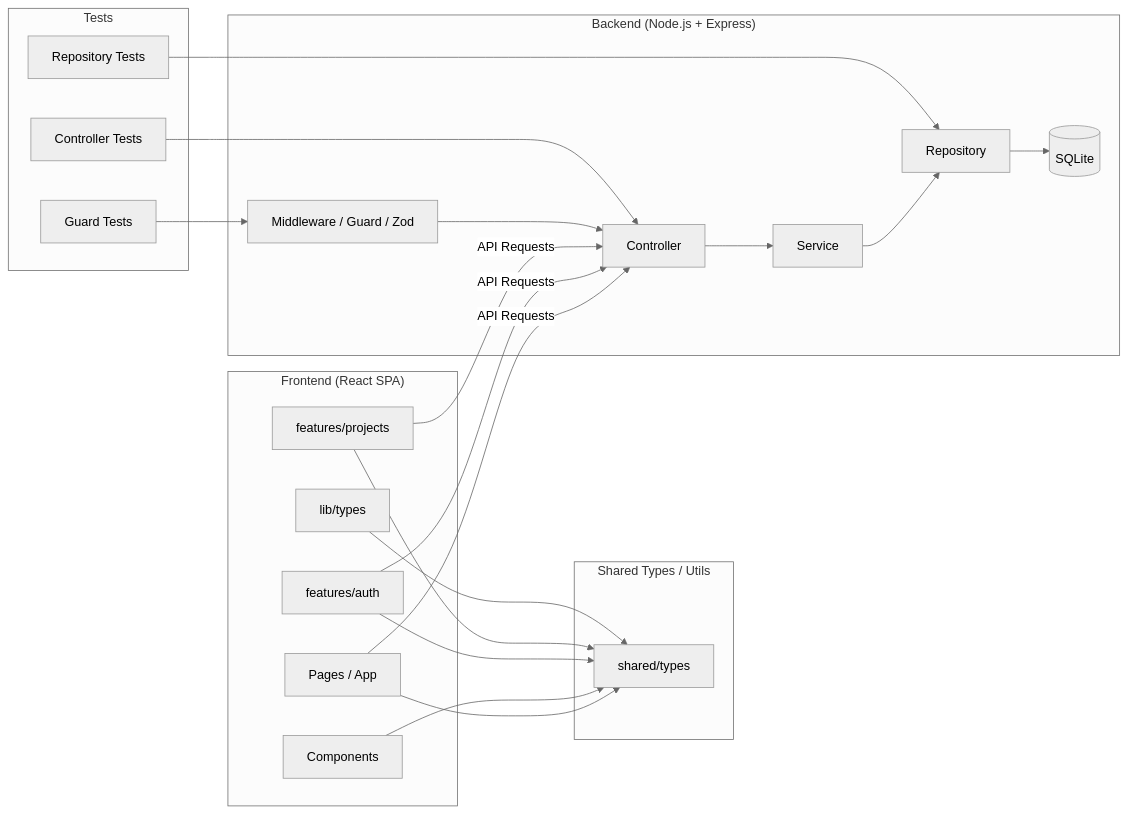
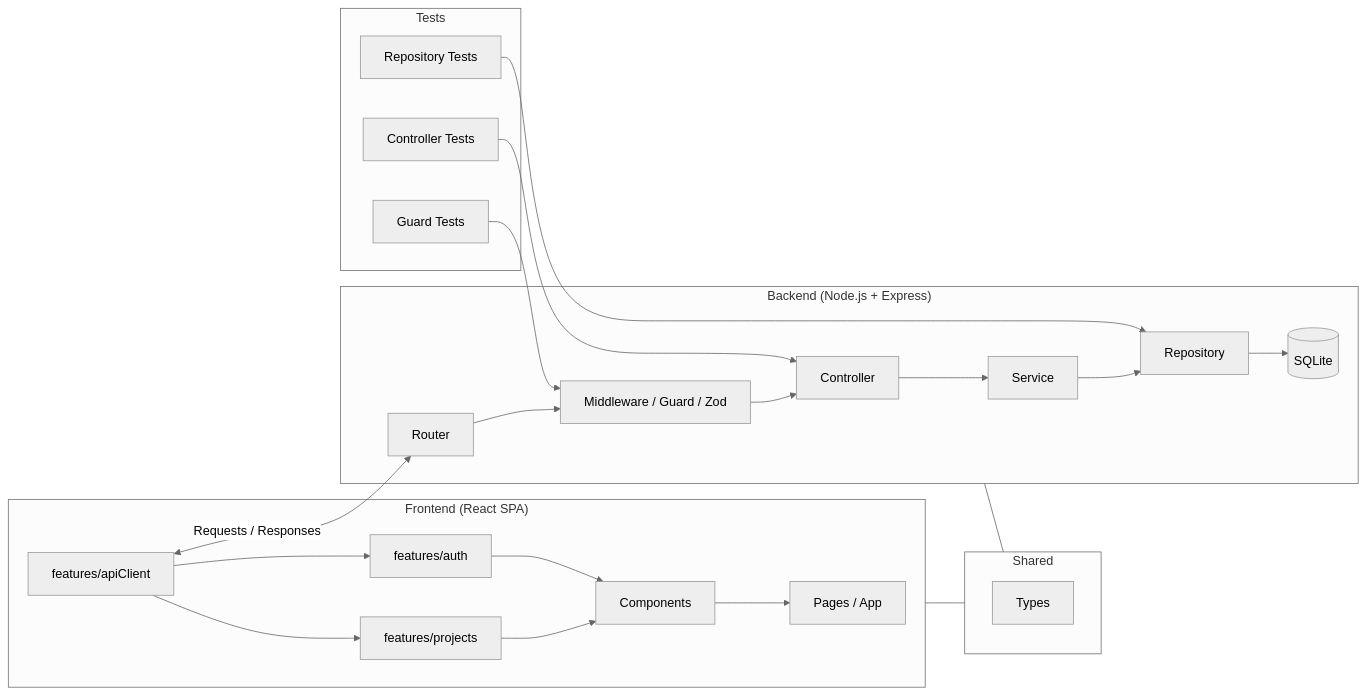
The diagram in docs/PortforioFlow.mermaid (fujitashuichi/shared-driven-layered-ddd), drawn with Mermaid (neutral theme) before and after one commit.

Commit message:
Edit: 全体図を調整

```diff
--- a/docs/PortforioFlow.mermaid
+++ b/docs/PortforioFlow.mermaid
@@ -1,49 +1,53 @@
 flowchart LR
   subgraph FE["Frontend (React SPA)"]
     Pages[Pages / App]
-    Components[Components]
+    FeaturesApiClient[features/apiClient]
     FeaturesAuth[features/auth]
     FeaturesProj[features/projects]
-    TypesFE[lib/types]
+    Components[Components]
   end
 
-  subgraph Shared["Shared Types / Utils"]
-    TypesShared[shared/types]
+  subgraph Shared["Shared"]
+    SharedTypes["Types"]
   end
 
   subgraph BE["Backend (Node.js + Express)"]
+    Router[Router]
     Controller[Controller]
     Service[Service]
     Repository[Repository]
     Middleware[Middleware / Guard / Zod]
     DB[(SQLite)]
   end
 
   subgraph Test["Tests"]
     GuardTest["Guard Tests"]
     ControllerTest["Controller Tests"]
     RepositoryTest["Repository Tests"]
   end
 
-  %% Frontend -> Shared
-  Pages --> TypesShared
-  Components --> TypesShared
-  FeaturesAuth --> TypesShared
-  FeaturesProj --> TypesShared
-  TypesFE --> TypesShared
+  %% UI
+  FeaturesApiClient --> FeaturesProj
+  FeaturesApiClient --> FeaturesAuth
+  FeaturesProj --> Components
+  FeaturesAuth --> Components
+  Components --> Pages
+
+  %% Frontend/Backend -> Shared
+  FE --- Shared
+  BE --- Shared
 
   %% Frontend -> Backend
-  Pages -->|API Requests| Controller
-  FeaturesAuth -->|API Requests| Controller
-  FeaturesProj -->|API Requests| Controller
+  FeaturesApiClient <--> |Requests / Responses| Router
 
   %% Backend Flow
+  Router --> Middleware
+  Middleware --> Controller
   Controller --> Service
   Service --> Repository
   Repository --> DB
-  Middleware --> Controller
 
   %% Tests
   GuardTest --> Middleware
   ControllerTest --> Controller
   RepositoryTest --> Repository
```
